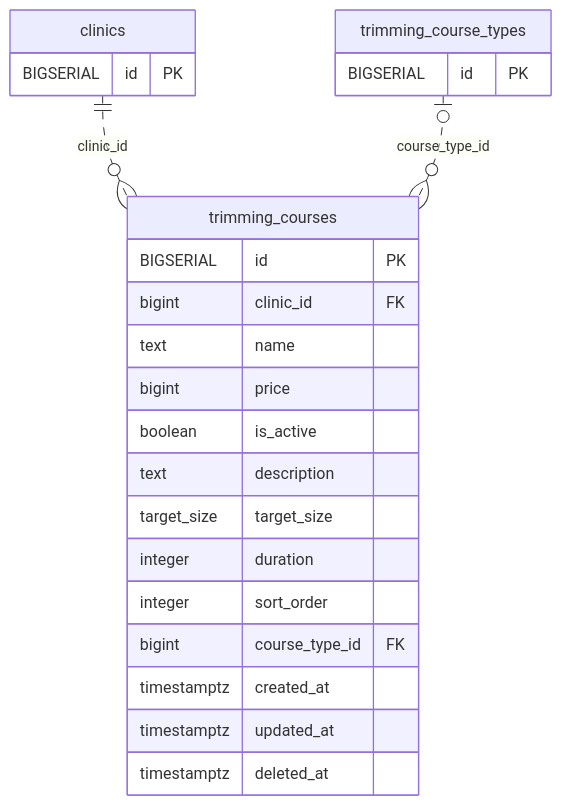
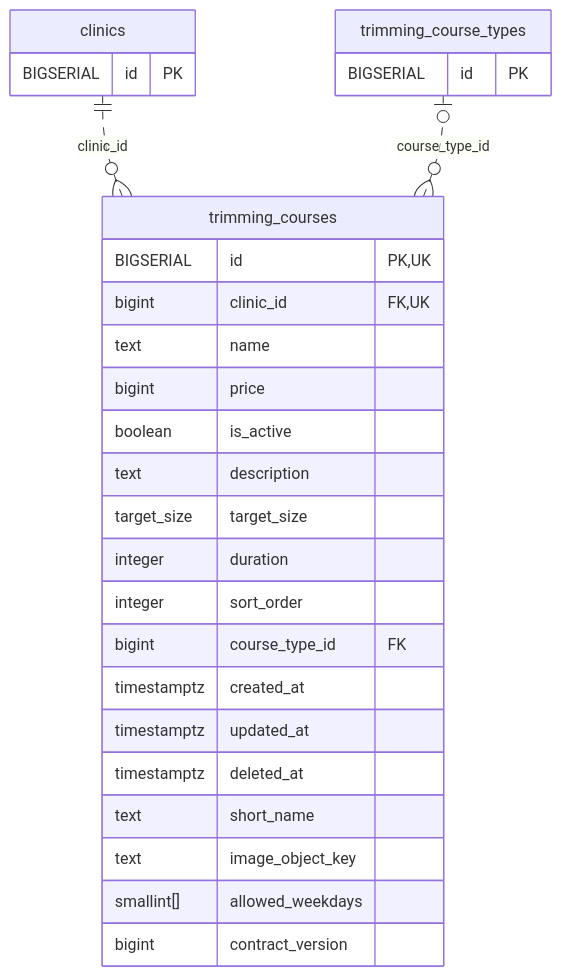
Before and after one commit to MinoruSoga/AnimalEkarte: the diagram in docs/architecture/erd-detail/trimming_courses.md, drawn with Mermaid. The commit also changed other lines of this file and 51 other files, not shown here.

````diff
--- a/docs/architecture/erd-detail/trimming_courses.md
+++ b/docs/architecture/erd-detail/trimming_courses.md
@@ -36,26 +40,30 @@
 ```mermaid
 erDiagram
     trimming_courses {
-        BIGSERIAL id PK
-        bigint clinic_id FK
+        BIGSERIAL id PK,UK
+        bigint clinic_id FK,UK
         text name
         bigint price
         boolean is_active
         text description
         target_size target_size
         integer duration
         integer sort_order
         bigint course_type_id FK
         timestamptz created_at
         timestamptz updated_at
         timestamptz deleted_at
+        text short_name
+        text image_object_key
+        smallint[] allowed_weekdays
+        bigint contract_version
     }
     clinics {
         BIGSERIAL id PK
     }
     trimming_course_types {
         BIGSERIAL id PK
     }
     clinics ||..o{ trimming_courses : "clinic_id"
     trimming_course_types o|..o{ trimming_courses : "course_type_id"
 ```
````
